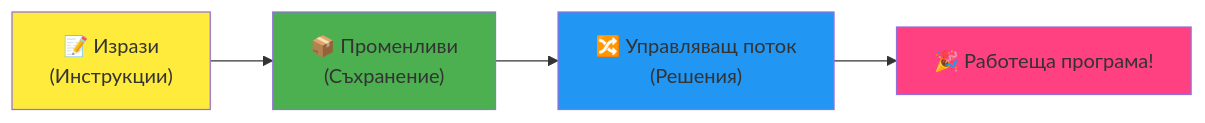
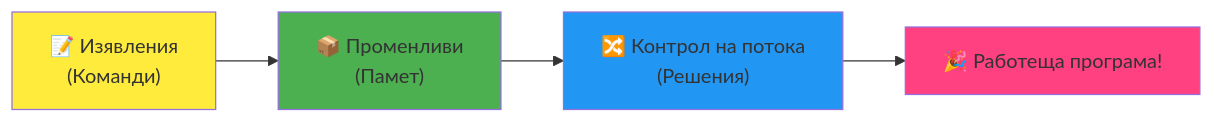
Before and after one commit to microsoft/Web-Dev-For-Beginners: the fourth of 7 diagrams in translations/bg/1-getting-started-lessons/1-intro-to-programming-languages/README.md, drawn with Mermaid. The commit also changed other lines of this file and 11 other files, not shown here.

````diff
--- a/translations/bg/1-getting-started-lessons/1-intro-to-programming-languages/README.md
+++ b/translations/bg/1-getting-started-lessons/1-intro-to-programming-languages/README.md
@@ -465,9 +466,9 @@
 ```mermaid
 flowchart LR
-    A["📝 Изрази<br/>(Инструкции)"] --> B["📦 Променливи<br/>(Съхранение)"] --> C["🔀 Управляващ поток<br/>(Решения)"] --> D["🎉 Работеща програма!"]
+    A["📝 Изявления<br/>(Команди)"] --> B["📦 Променливи<br/>(Памет)"] --> C["🔀 Контрол на потока<br/>(Решения)"] --> D["🎉 Работеща програма!"]
     
     style A fill:#ffeb3b
     style B fill:#4caf50
     style C fill:#2196f3
     style D fill:#ff4081
-```  
+```
````
